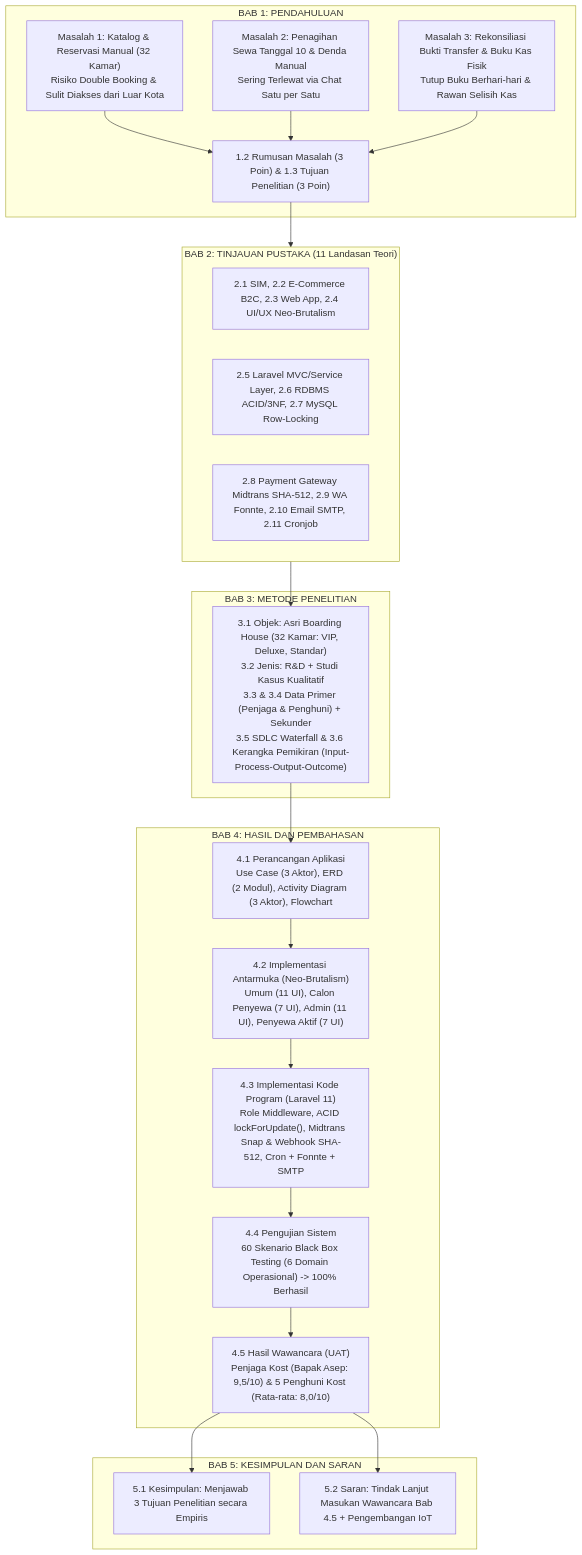
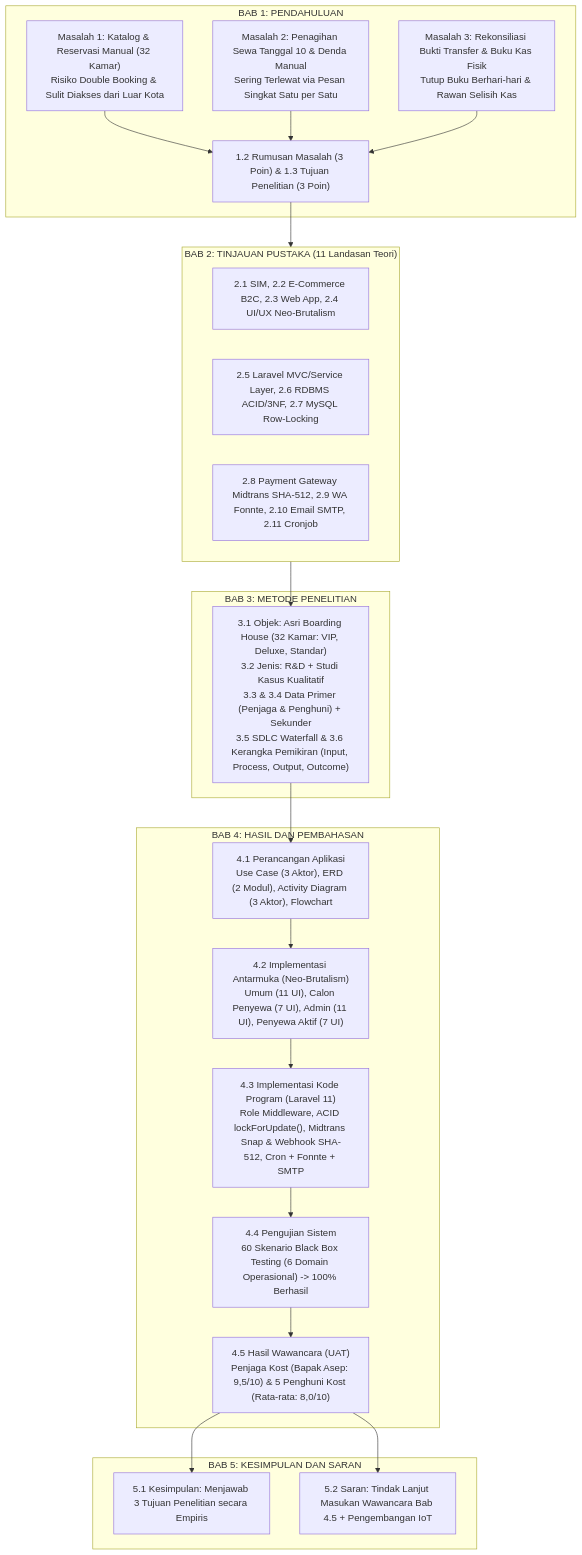
One commit to rafifarsyapradiva/asri-boarding-house changed the diagram in Skripsi/audit_skripsi_rafif_22n40014.md. Above: the diagram before and after it, drawn with Mermaid. The commit also changed other lines of this file and 1 other file, not shown here.

````diff
--- a/Skripsi/audit_skripsi_rafif_22n40014.md
+++ b/Skripsi/audit_skripsi_rafif_22n40014.md
@@ -45,37 +45,37 @@
 ```mermaid
 flowchart TD
     subgraph BAB1["BAB 1: PENDAHULUAN"]
         M1["Masalah 1: Katalog & Reservasi Manual (32 Kamar)<br/>Risiko Double Booking & Sulit Diakses dari Luar Kota"]
-        M2["Masalah 2: Penagihan Sewa Tanggal 10 & Denda Manual<br/>Sering Terlewat via Chat Satu per Satu"]
+        M2["Masalah 2: Penagihan Sewa Tanggal 10 & Denda Manual<br/>Sering Terlewat via Pesan Singkat Satu per Satu"]
         M3["Masalah 3: Rekonsiliasi Bukti Transfer & Buku Kas Fisik<br/>Tutup Buku Berhari-hari & Rawan Selisih Kas"]
         RM["1.2 Rumusan Masalah (3 Poin) & 1.3 Tujuan Penelitian (3 Poin)"]
         M1 & M2 & M3 --> RM
     end
 
     subgraph BAB2["BAB 2: TINJAUAN PUSTAKA (11 Landasan Teori)"]
         T1["2.1 SIM, 2.2 E-Commerce B2C, 2.3 Web App, 2.4 UI/UX Neo-Brutalism"]
         T2["2.5 Laravel MVC/Service Layer, 2.6 RDBMS ACID/3NF, 2.7 MySQL Row-Locking"]
         T3["2.8 Payment Gateway Midtrans SHA-512, 2.9 WA Fonnte, 2.10 Email SMTP, 2.11 Cronjob"]
     end
 
     subgraph BAB3["BAB 3: METODE PENELITIAN"]
-        MP["3.1 Objek: Asri Boarding House (32 Kamar: VIP, Deluxe, Standar)<br/>3.2 Jenis: R&D + Studi Kasus Kualitatif<br/>3.3 & 3.4 Data Primer (Penjaga & Penghuni) + Sekunder<br/>3.5 SDLC Waterfall & 3.6 Kerangka Pemikiran (Input-Process-Output-Outcome)"]
+        MP["3.1 Objek: Asri Boarding House (32 Kamar: VIP, Deluxe, Standar)<br/>3.2 Jenis: R&D + Studi Kasus Kualitatif<br/>3.3 & 3.4 Data Primer (Penjaga & Penghuni) + Sekunder<br/>3.5 SDLC Waterfall & 3.6 Kerangka Pemikiran (Input, Process, Output, Outcome)"]
     end
 
     subgraph BAB4["BAB 4: HASIL DAN PEMBAHASAN"]
         B41["4.1 Perancangan Aplikasi<br/>Use Case (3 Aktor), ERD (2 Modul), Activity Diagram (3 Aktor), Flowchart"]
         B42["4.2 Implementasi Antarmuka (Neo-Brutalism)<br/>Umum (11 UI), Calon Penyewa (7 UI), Admin (11 UI), Penyewa Aktif (7 UI)"]
         B43["4.3 Implementasi Kode Program (Laravel 11)<br/>Role Middleware, ACID lockForUpdate(), Midtrans Snap & Webhook SHA-512, Cron + Fonnte + SMTP"]
         B44["4.4 Pengujian Sistem<br/>60 Skenario Black Box Testing (6 Domain Operasional) -> 100% Berhasil"]
         B45["4.5 Hasil Wawancara (UAT)<br/>Penjaga Kost (Bapak Asep: 9,5/10) & 5 Penghuni Kost (Rata-rata: 8,0/10)"]
         B41 --> B42 --> B43 --> B44 --> B45
     end
 
     subgraph BAB5["BAB 5: KESIMPULAN DAN SARAN"]
         K["5.1 Kesimpulan: Menjawab 3 Tujuan Penelitian secara Empiris"]
         S["5.2 Saran: Tindak Lanjut Masukan Wawancara Bab 4.5 + Pengembangan IoT"]
     end
 
     RM --> BAB2 --> MP --> B41
     B45 --> K & S
 ```
````
